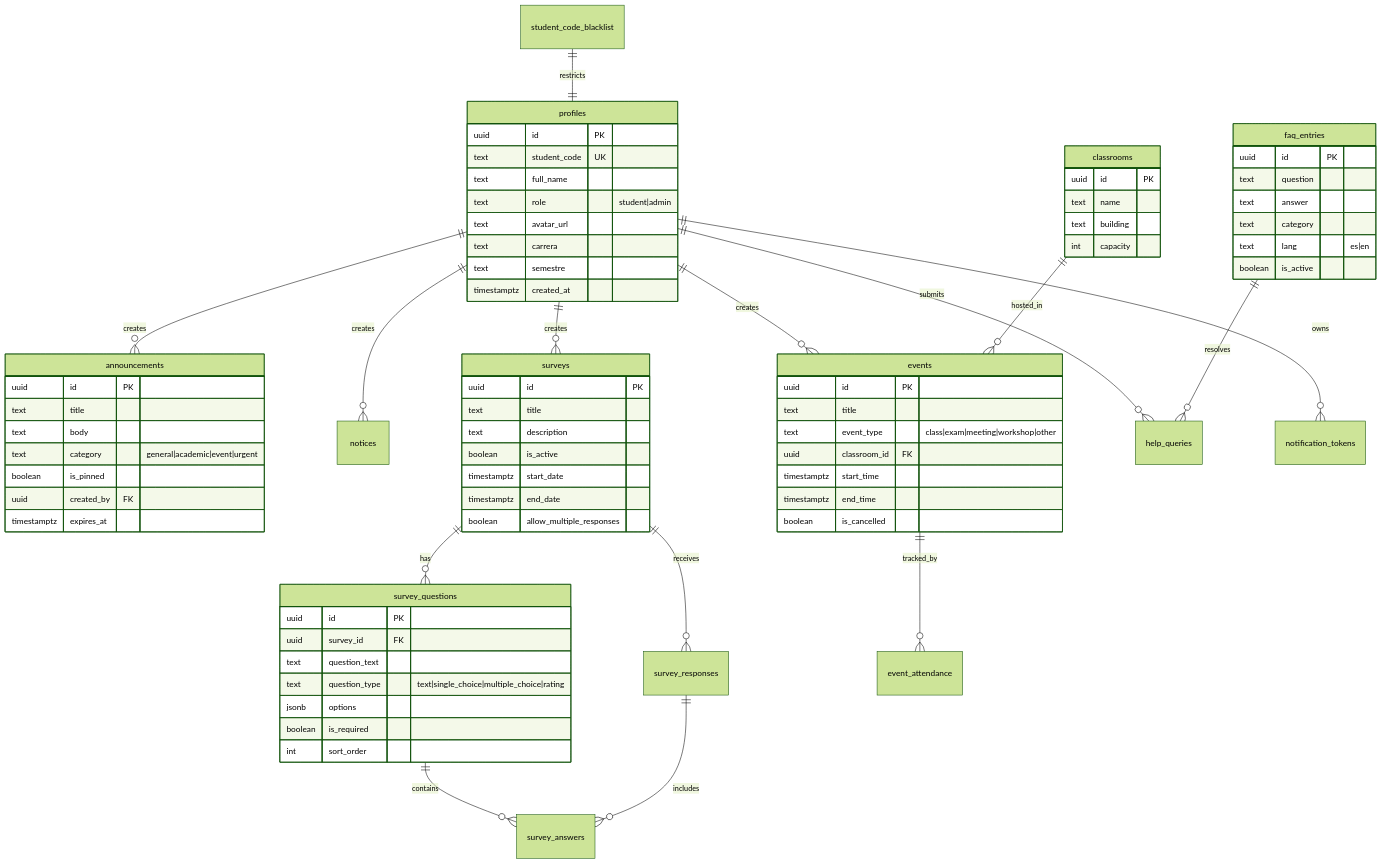
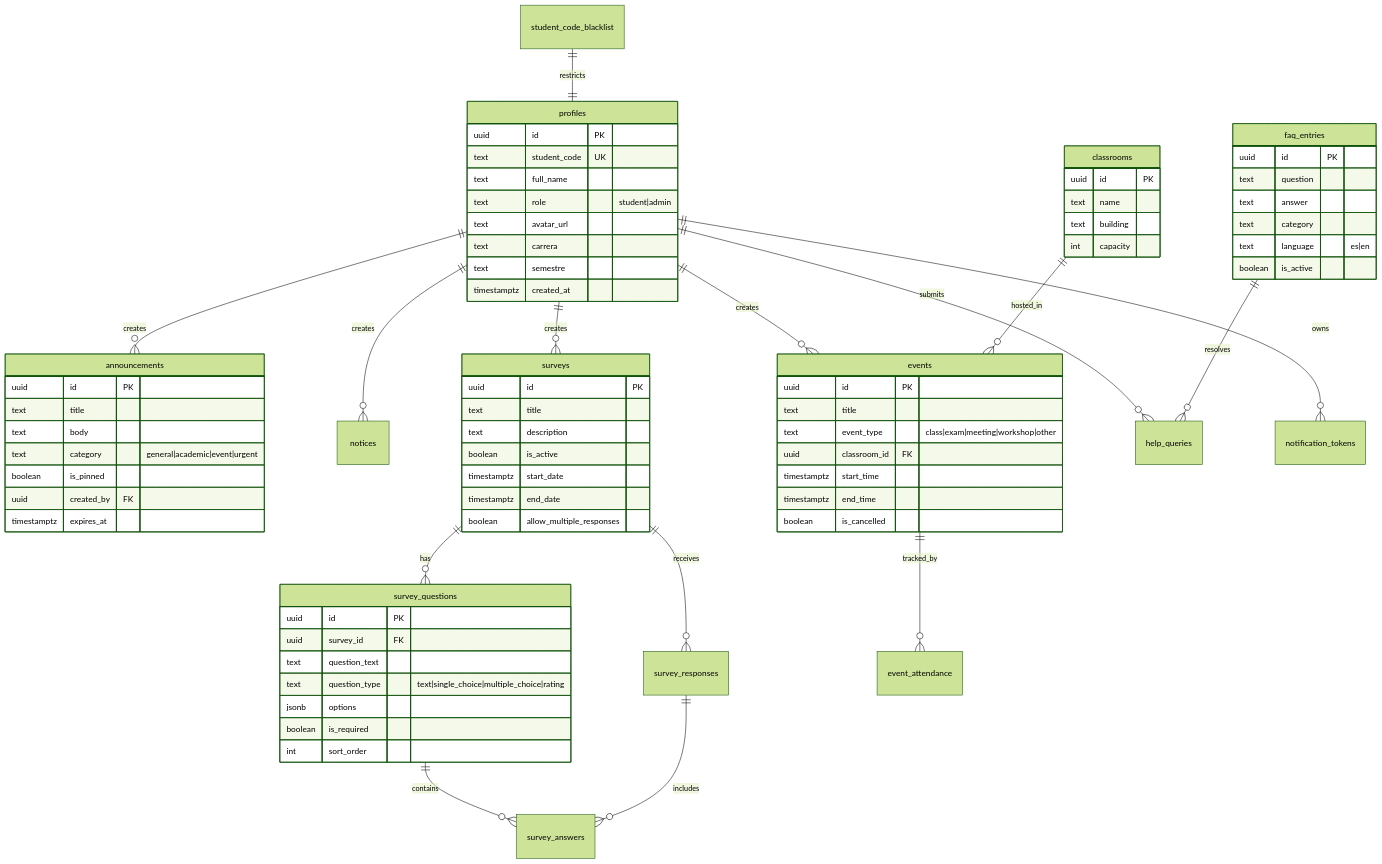
One commit to hashernom/unihub-app changed the diagram in docs/DATABASE_SCHEMA.md. Above: the diagram before and after it, drawn with Mermaid (forest theme). The commit also changed other lines of this file and 38 other files, not shown here.

````diff
--- a/docs/DATABASE_SCHEMA.md
+++ b/docs/DATABASE_SCHEMA.md
@@ -84,7 +84,7 @@
         text question
         text answer
         text category
-        text lang "es|en"
+        text language "es|en"
         boolean is_active
     }
 ```
````
